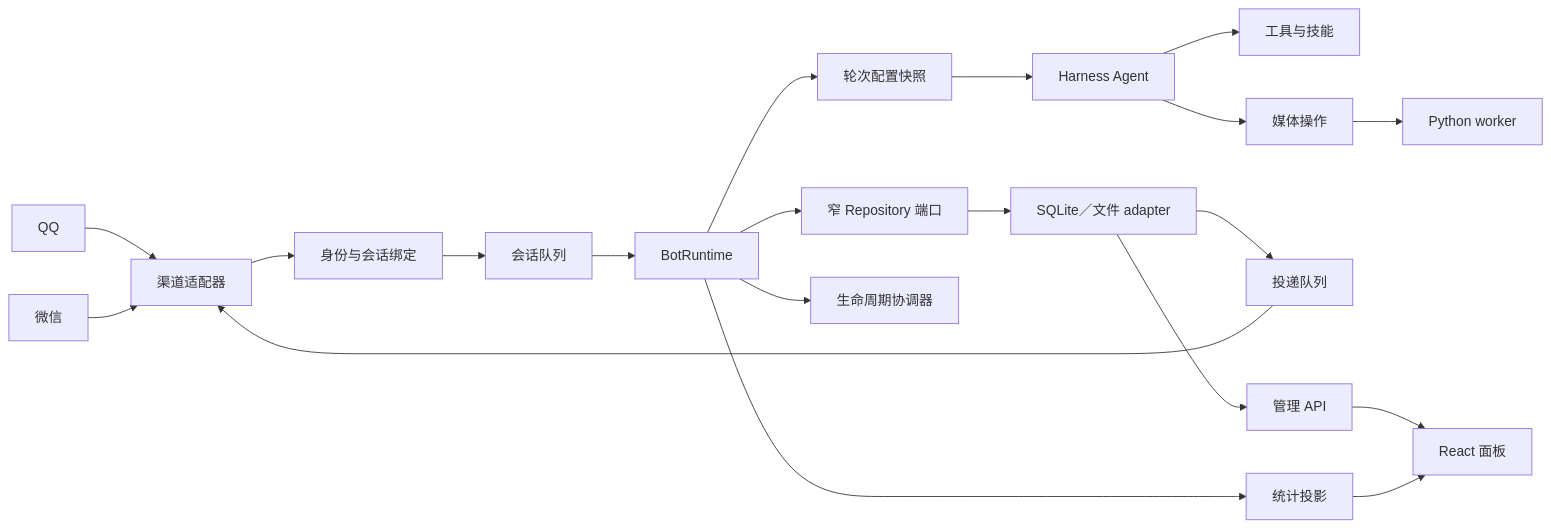
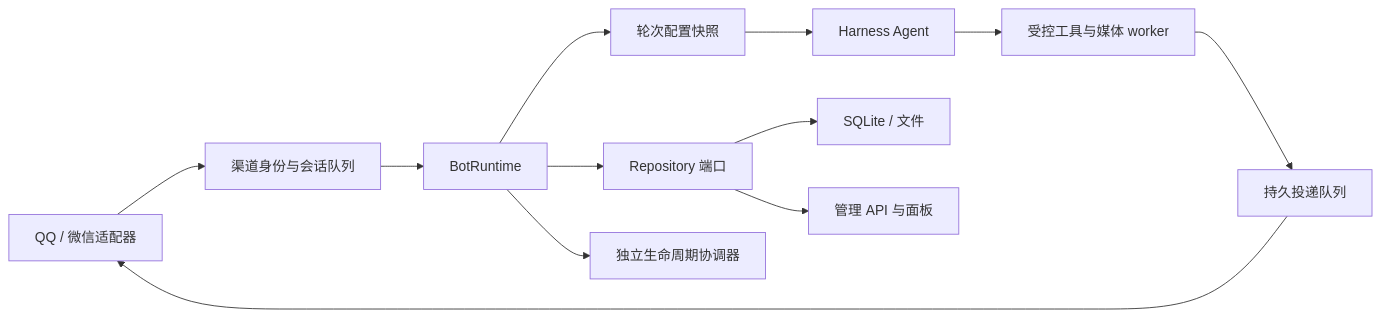
The diagram in docs/architecture.md (Helloworld2345567/dsh-plugin-integration-qq-wechat-bot), drawn with Mermaid before and after one commit. The commit also changed other lines of this file and 45 other files, not shown here.

````diff
--- a/docs/architecture.md
+++ b/docs/architecture.md
@@ -11,22 +9,14 @@
 ```mermaid
 flowchart LR
-  QQ[QQ] --> Channel[渠道适配器]
-  WX[微信] --> Channel
-  Channel --> Identity[身份与会话绑定]
-  Identity --> Queue[会话队列]
-  Queue --> Runtime[BotRuntime]
+  Channel[QQ / 微信适配器] --> Identity[渠道身份与会话队列]
+  Identity --> Runtime[BotRuntime]
   Runtime --> Snapshot[轮次配置快照]
   Snapshot --> Harness[Harness Agent]
-  Harness --> Tools[工具与技能]
-  Harness --> Media[媒体操作]
-  Media --> Worker[Python worker]
-  Runtime --> Repos[窄 Repository 端口]
-  Repos --> SQLite[SQLite／文件 adapter]
-  SQLite --> Delivery[投递队列]
+  Harness --> Tools[受控工具与媒体 worker]
+  Runtime --> Repos[Repository 端口]
+  Repos --> Storage[SQLite / 文件]
+  Tools --> Delivery[持久投递队列]
   Delivery --> Channel
-  SQLite --> Admin[管理 API]
-  Admin --> Panel[React 面板]
-  Runtime --> Stats[统计投影]
-  Stats --> Panel
-  Runtime --> Lifecycle[生命周期协调器]
+  Repos --> Admin[管理 API 与面板]
+  Runtime --> Lifecycle[独立生命周期协调器]
 ```
````
